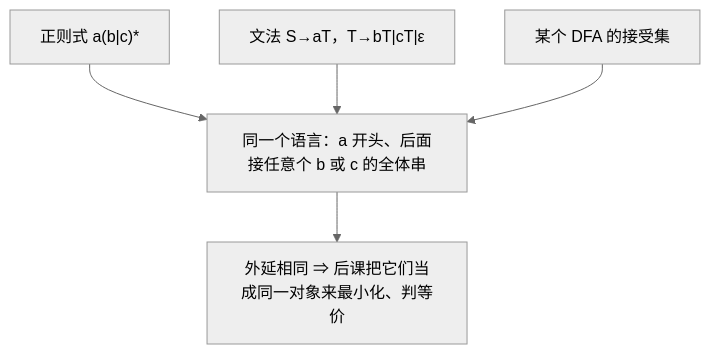
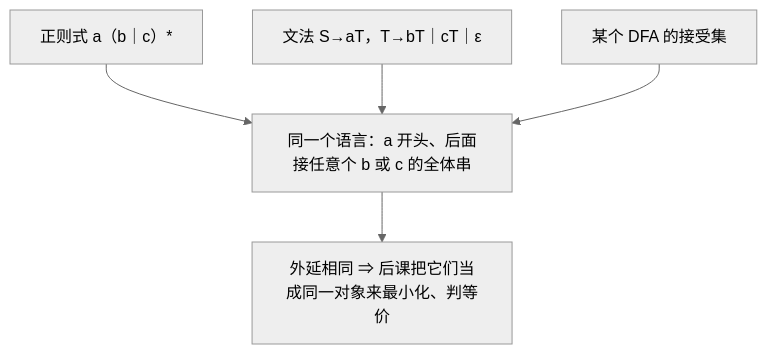
Before and after one commit to xhongduo-tech/xhongduo-tech.github.io: the second of 2 diagrams in docs/cs/alphabet-language.md, drawn with Mermaid (neutral theme). The commit also changed 6 other files, not shown here.

Commit message:
Enhance more cs articles with second diagrams and beginner marginnotes.

````diff
--- a/docs/cs/alphabet-language.md
+++ b/docs/cs/alphabet-language.md
@@ -51,7 +51,7 @@
 ```mermaid
 flowchart TD
-  R["正则式 a(b|c)*"] --> L["同一个语言：a 开头、后面接任意个 b 或 c 的全体串"]
-  G["文法 S→aT，T→bT|cT|ε"] --> L
+  R["正则式 a（b｜c）*"] --> L["同一个语言：a 开头、后面接任意个 b 或 c 的全体串"]
+  G["文法 S→aT，T→bT｜cT｜ε"] --> L
   M["某个 DFA 的接受集"] --> L
   L --> EQ["外延相同 ⇒ 后课把它们当成同一对象来最小化、判等价"]
 ```
````
